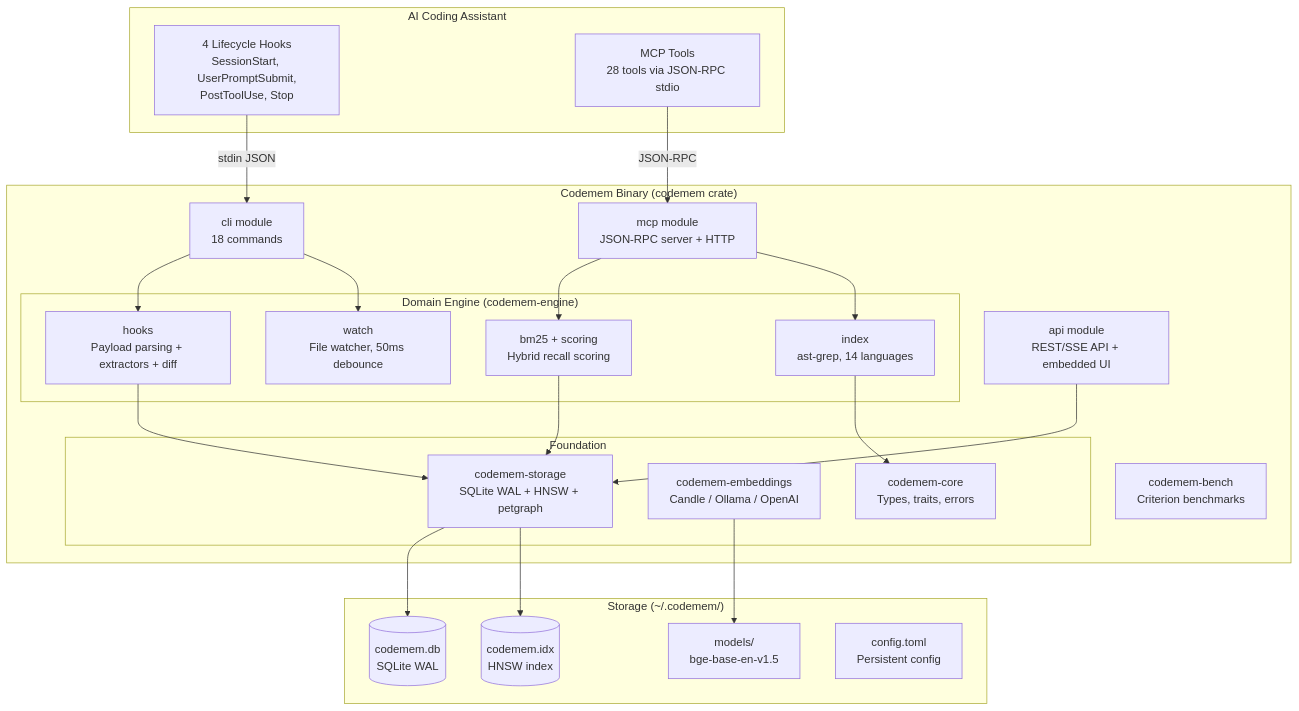
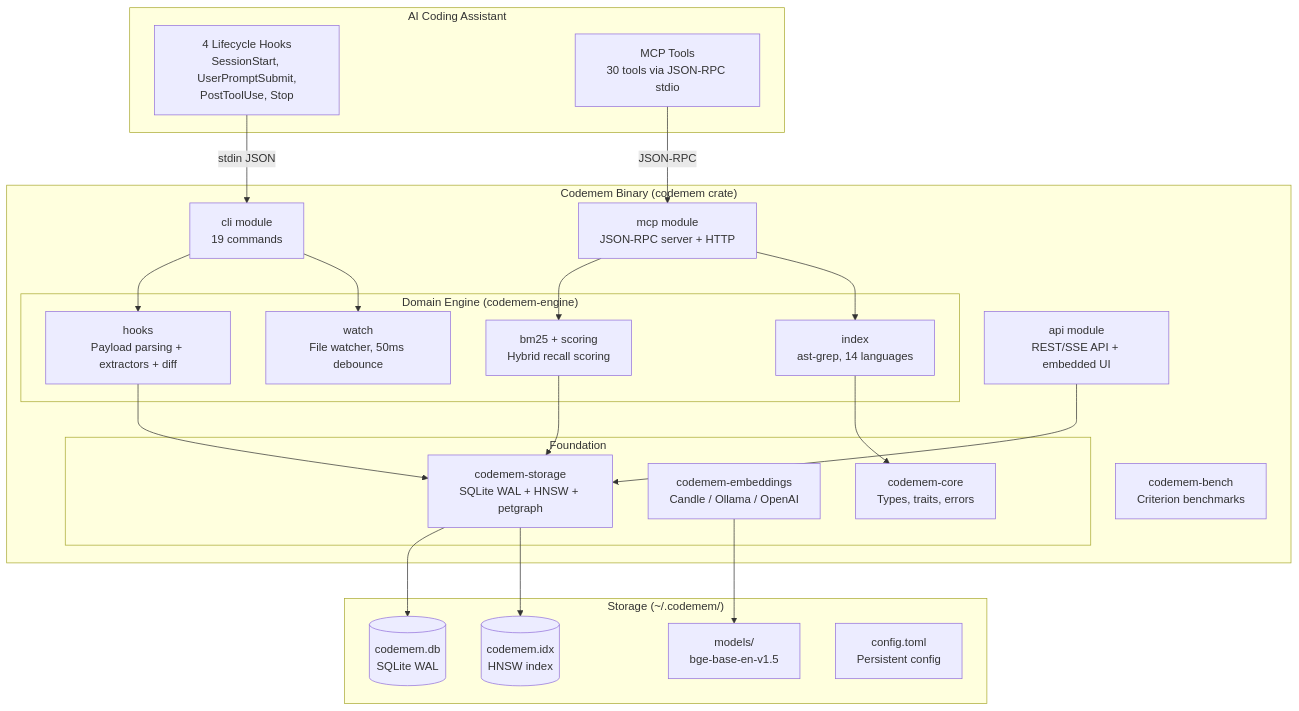
Before and after one commit to cogniplex/codemem: the first of 10 diagrams in docs/architecture.md, drawn with Mermaid. The commit also changed other lines of this file and 5 other files, not shown here.

````diff
--- a/docs/architecture.md
+++ b/docs/architecture.md
@@ -19,49 +19,49 @@
 ```mermaid
 graph TB
     subgraph "AI Coding Assistant"
         H[4 Lifecycle Hooks<br/>SessionStart, UserPromptSubmit,<br/>PostToolUse, Stop]
-        M[MCP Tools<br/>28 tools via JSON-RPC stdio]
+        M[MCP Tools<br/>30 tools via JSON-RPC stdio]
     end
 
     subgraph "Codemem Binary (codemem crate)"
-        CLI[cli module<br/>18 commands]
+        CLI[cli module<br/>19 commands]
         MCP_MOD[mcp module<br/>JSON-RPC server + HTTP]
         API_MOD[api module<br/>REST/SSE API + embedded UI]
 
         subgraph "Domain Engine (codemem-engine)"
             HOOKS[hooks<br/>Payload parsing + extractors + diff]
             WATCH[watch<br/>File watcher, 50ms debounce]
             IDX[index<br/>ast-grep, 14 languages]
             BM25[bm25 + scoring<br/>Hybrid recall scoring]
         end
 
         subgraph "Foundation"
             CORE[codemem-core<br/>Types, traits, errors]
             EMB[codemem-embeddings<br/>Candle / Ollama / OpenAI]
             STORE[codemem-storage<br/>SQLite WAL + HNSW + petgraph]
         end
 
         BENCH[codemem-bench<br/>Criterion benchmarks]
     end
 
     subgraph "Storage (~/.codemem/)"
         DB[(codemem.db<br/>SQLite WAL)]
         HNSW[(codemem.idx<br/>HNSW index)]
         MODEL[models/<br/>bge-base-en-v1.5]
         CONF[config.toml<br/>Persistent config]
     end
 
     H -->|stdin JSON| CLI
     M -->|JSON-RPC| MCP_MOD
     CLI --> HOOKS
     CLI --> WATCH
     MCP_MOD --> BM25
     MCP_MOD --> IDX
     API_MOD --> STORE
     HOOKS --> STORE
     BM25 --> STORE
     IDX --> CORE
     STORE --> DB
     STORE --> HNSW
     EMB --> MODEL
 ```
````
